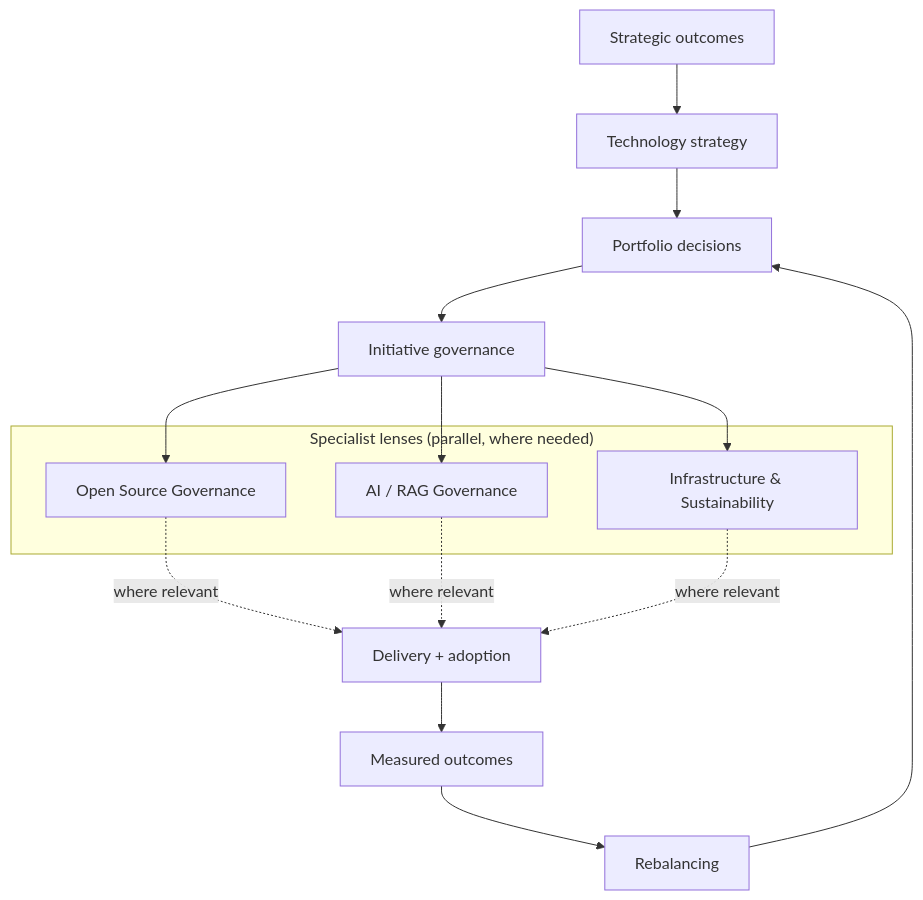
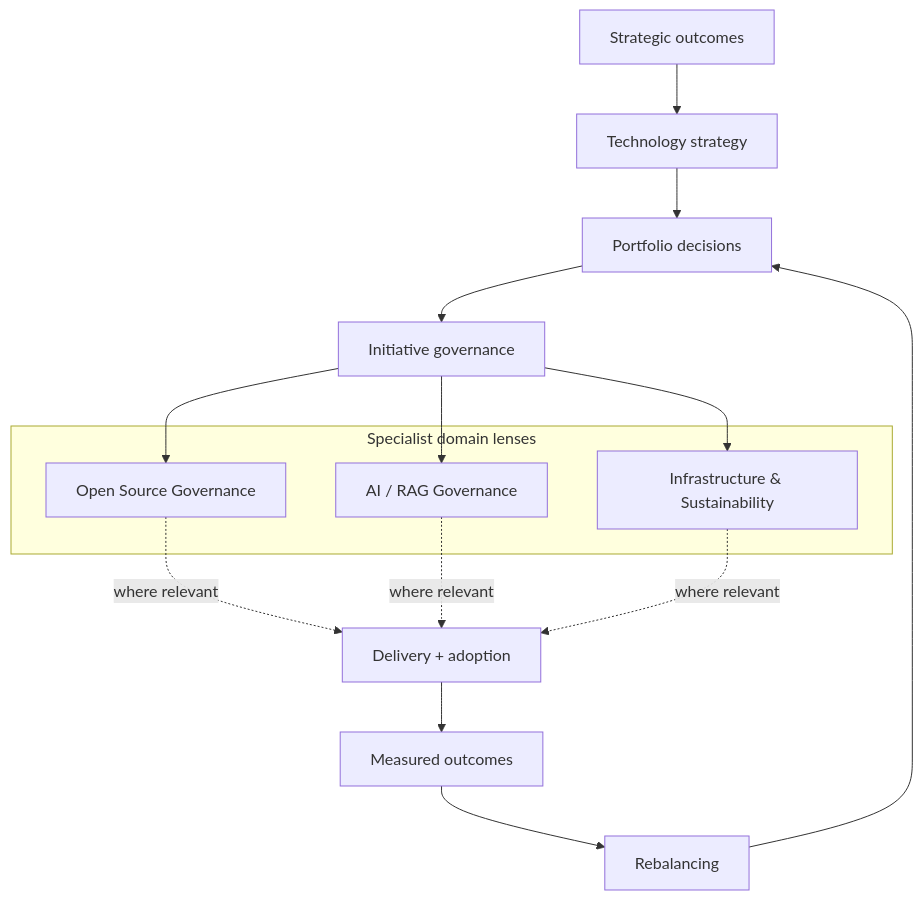
One commit to A13xandr0/A13xandr0 changed the second of 3 diagrams in README.md. Above: the diagram before and after it, drawn with Mermaid.

Commit message:
Keep Mermaid subgraph title on one line

````diff
--- a/README.md
+++ b/README.md
@@ -95,20 +95,20 @@
 ```mermaid
 flowchart TD
     A["Strategic outcomes"] --> B["Technology strategy"]
     B --> C["Portfolio decisions"]
     C --> D["Initiative governance"]
-    subgraph Domains["Specialist lenses (parallel, where needed)"]
+    subgraph Domains["Specialist domain lenses"]
         E["Open Source Governance"]
         F["AI / RAG Governance"]
         G["Infrastructure & Sustainability"]
     end
     D --> E
     D --> F
     D --> G
     E -. "where relevant" .-> H["Delivery + adoption"]
     F -. "where relevant" .-> H
     G -. "where relevant" .-> H
     H --> I["Measured outcomes"]
     I --> J["Rebalancing"]
     J --> C
 ```
````
